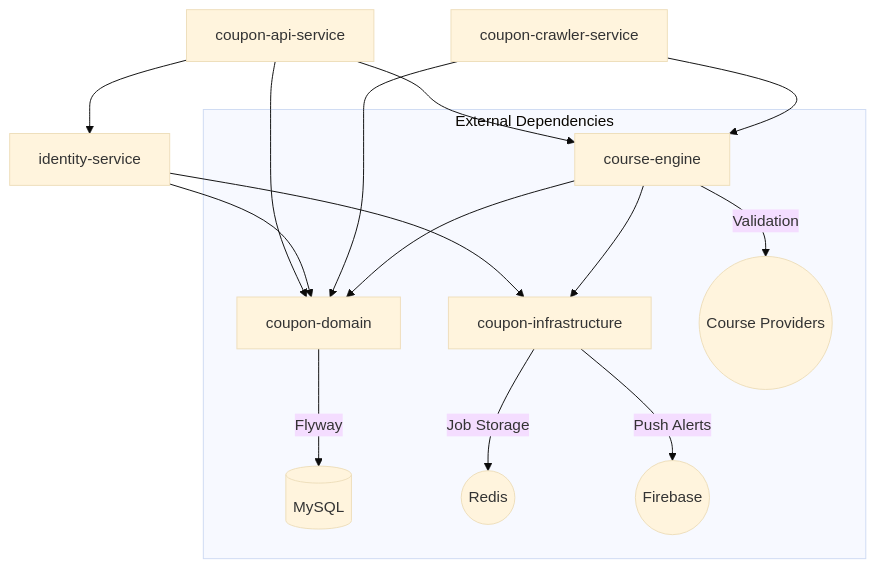
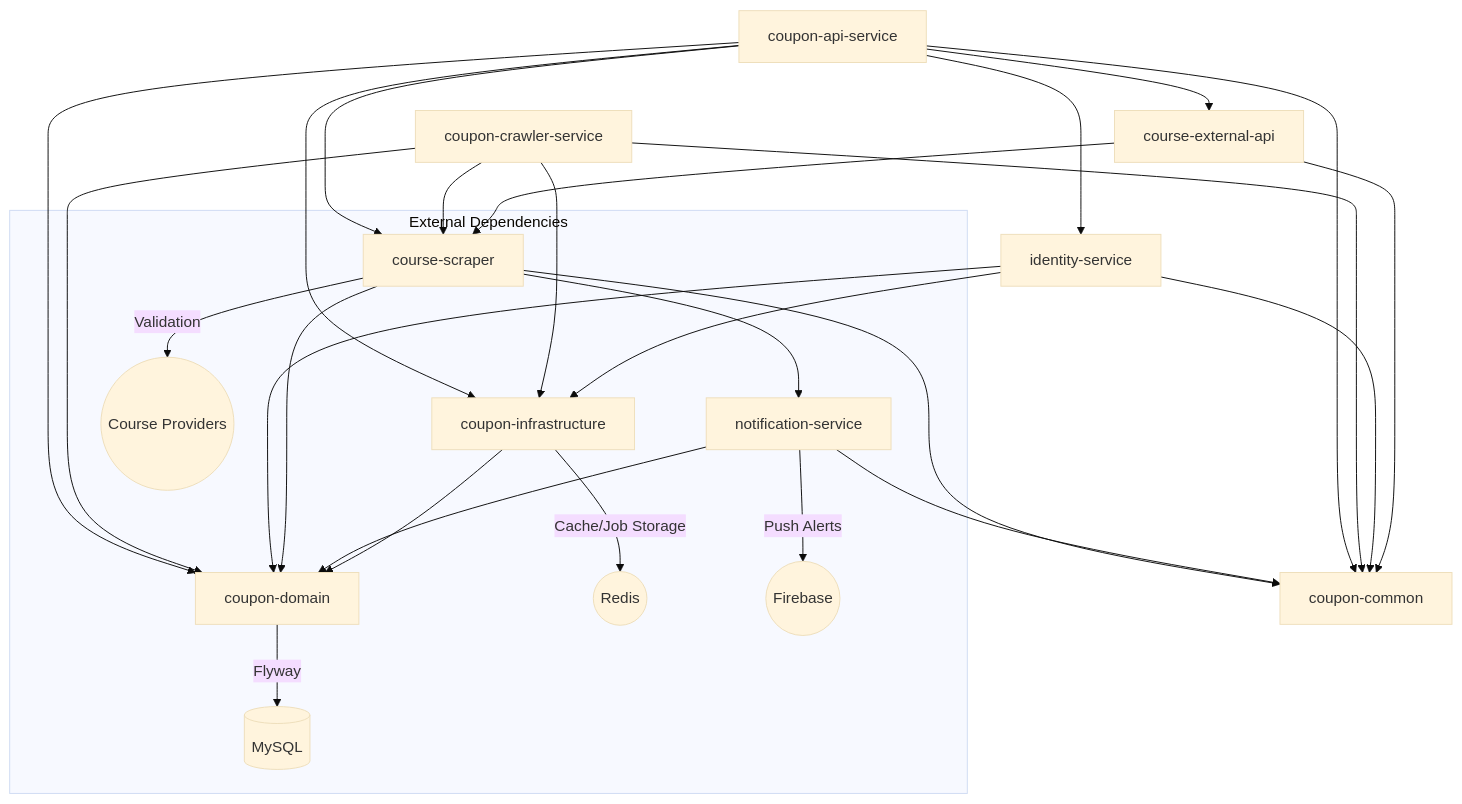
Before and after one commit to Huythanh0x/udemy_coupon_server_java_spring: the diagram in docs/getting-started.md, drawn with Mermaid (base theme). The commit also changed other lines of this file and 3 other files, not shown here.

First line of the commit message:
docs: trim README to a landing page and reflect the 9-module architecture

````diff
--- a/docs/getting-started.md
+++ b/docs/getting-started.md
@@ -6,22 +6,37 @@
 ```mermaid
 graph TD
     API[coupon-api-service] --> Domain[coupon-domain]
-    API --> Engine[course-engine]
+    API --> Common[coupon-common]
+    API --> Infra[coupon-infrastructure]
+    API --> Scraper[course-scraper]
+    API --> ExtApi[course-external-api]
     API --> ID[identity-service]
-    
+
+    Crawler[coupon-crawler-service] --> Domain
+    Crawler --> Common
+    Crawler --> Infra
+    Crawler --> Scraper
+
     ID --> Domain
-    ID --> Infra[coupon-infrastructure]
-    
-    Crawler[coupon-crawler-service] --> Engine
-    Crawler --> Domain
-    
-    Engine --> Infra
-    Engine --> Domain
-    
+    ID --> Common
+    ID --> Infra
+
+    ExtApi --> Scraper
+    ExtApi --> Common
+
+    Scraper --> Domain
+    Scraper --> Common
+    Scraper --> Notify[notification-service]
+
+    Notify --> Domain
+    Notify --> Common
+
+    Infra --> Domain
+
     subgraph "External Dependencies"
         Domain -- "Flyway" --> MySQL[(MySQL)]
-        Infra -- "Job Storage" --> Redis((Redis))
-        Infra -- "Push Alerts" --> FCM((Firebase))
-        Engine -- "Validation" --> Ext((Course Providers))
+        Infra -- "Cache/Job Storage" --> Redis((Redis))
+        Notify -- "Push Alerts" --> FCM((Firebase))
+        Scraper -- "Validation" --> Ext((Course Providers))
     end
 ```
````
